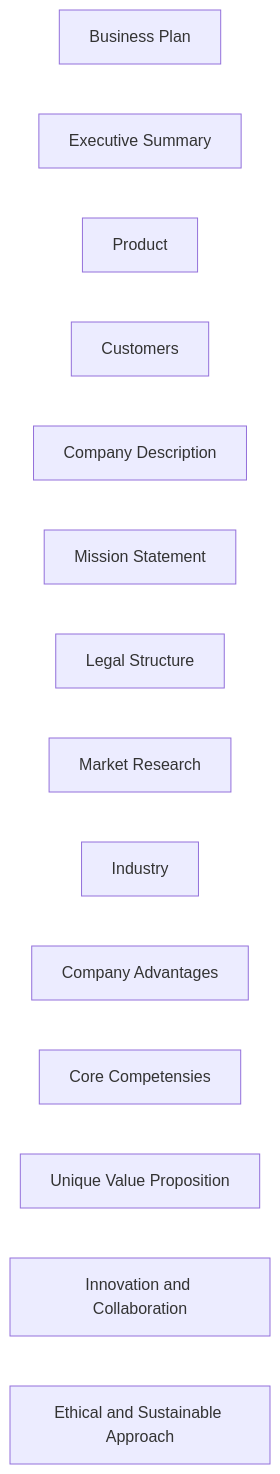
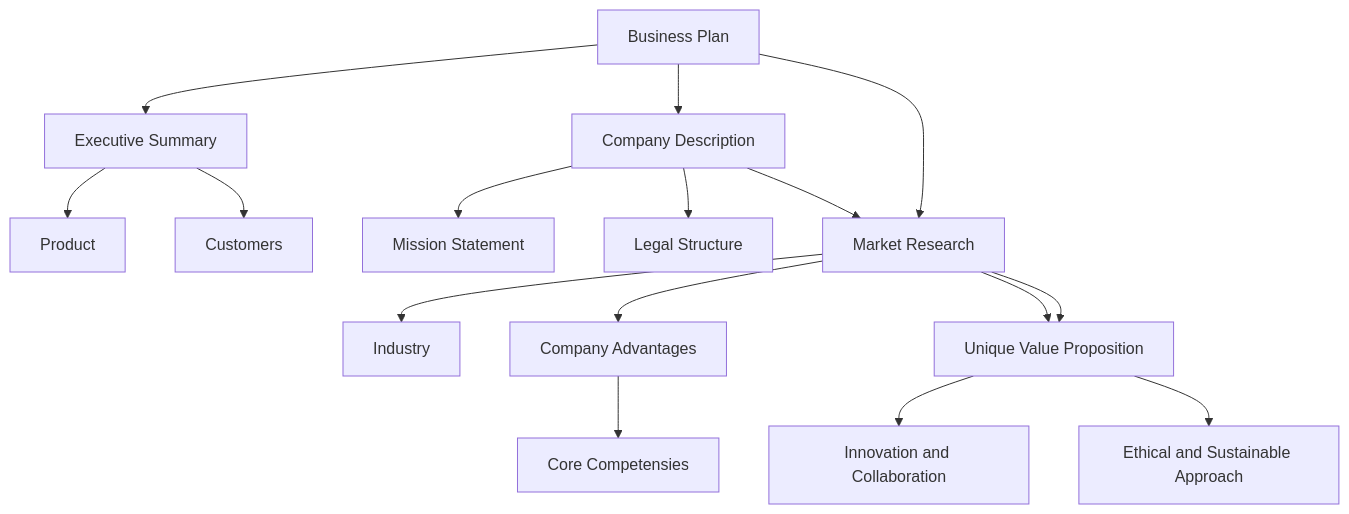
The diagram in 03-AREAS/Business/Checklists/Checklist - Business Plan.md (noclocks/NoClocksVault), drawn with Mermaid before and after one commit.

Commit message:
[auto]: vault backup - 1 files changed | 2024-04-01 11:25:01 | DESKTOP-MSI
Affected files:
03-AREAS/Business/Checklists/Checklist - Business Plan.md

````diff
--- a/03-AREAS/Business/Checklists/Checklist - Business Plan.md
+++ b/03-AREAS/Business/Checklists/Checklist - Business Plan.md
@@ -37,20 +37,35 @@
 ```mermaid
-graph LR
+graph TB
   busplan[Business Plan]
   execsumm[Executive Summary]
   product[Product]
   customers[Customers]
   company[Company Description]
   mission[Mission Statement]
   legal[Legal Structure]
   market[Market Research]
   industry[Industry]
   advantages[Company Advantages]
   competencies[Core Competensies]
   value[Unique Value Proposition]
   innovation[Innovation and Collaboration]
   ethical[Ethical and Sustainable Approach]
 
+busplan --> execsumm
 
+execsumm --> product
+execsumm --> customers
 
+busplan --> company
+
+company --> mission
+company --> legal
+company --> market
+
+busplan --> market
+
+market --> industry
+market --> advantages --> competencies
+market --> value --> innovation
+market --> value --> ethical
 ```
````
